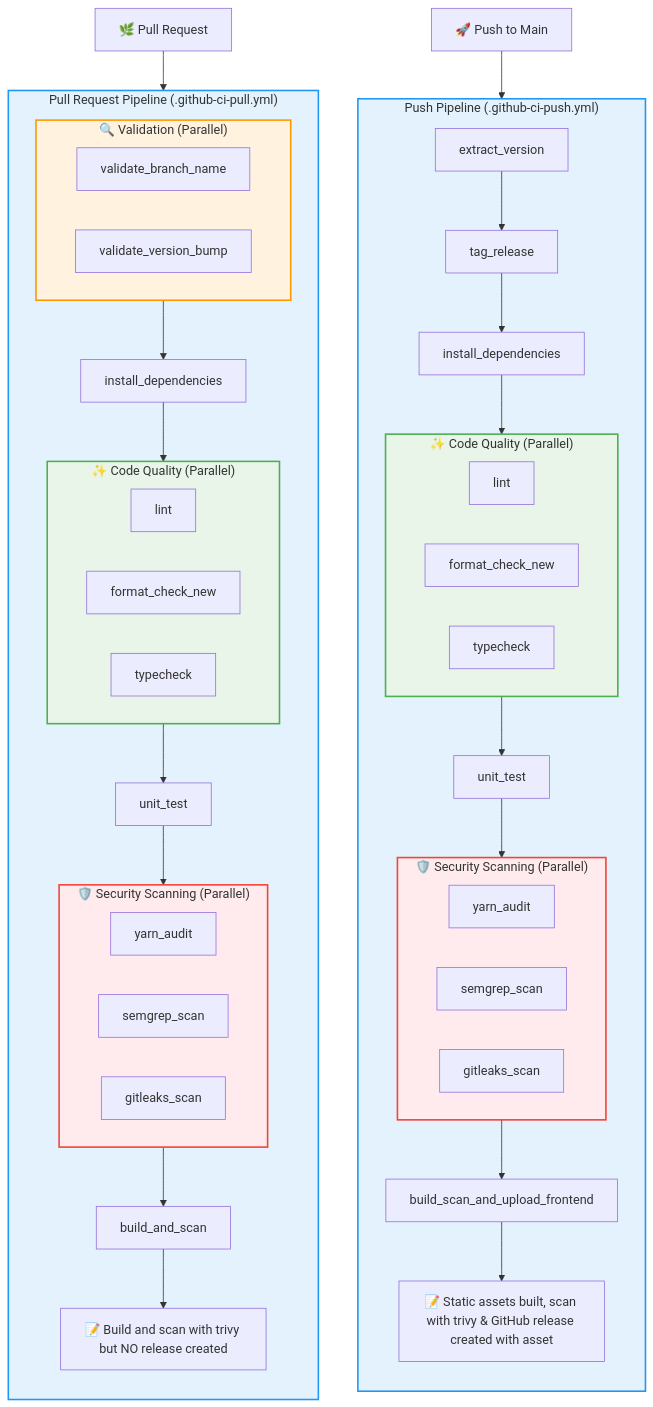
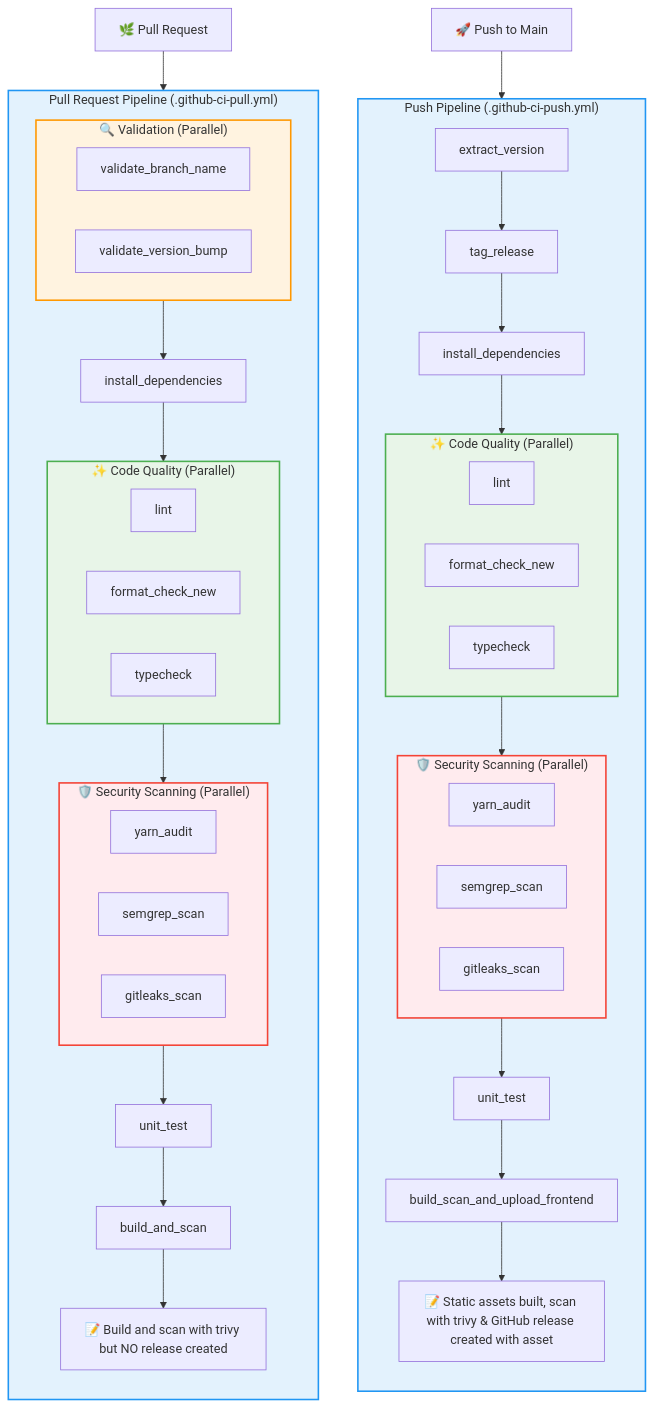
The diagram in README.md (wehrwolf217/Nodejs-Bestpractice-Cicd-Frontend), drawn with Mermaid before and after one commit. The commit also changed other lines of this file and 1 other file, not shown here.

```diff
--- a/README.md
+++ b/README.md
@@ -232,9 +239,9 @@
         
         B1 --> B4
         B4 --> B2
-        B2 --> B5
-        B5 --> B3
-        B3 --> B6
+        B2 --> B3
+        B3 --> B5
+        B5 --> B6
         B6 --> B7
     end
 
@@ -251,13 +258,13 @@
             DQ3[typecheck]
         end
         
-        D5[unit_test]
-        
         subgraph D6 ["🛡️ Security Scanning (Parallel)"]
             DS1[yarn_audit]
             DS2[semgrep_scan] 
             DS3[gitleaks_scan]
         end
+        
+        D5[unit_test]
         
         D7[build_scan_and_upload_frontend]
         D8[📝 Static assets built, scan with trivy & GitHub release created with asset]
@@ -265,9 +272,9 @@
         D1 --> D2
         D2 --> D3
         D3 --> D4
-        D4 --> D5
-        D5 --> D6
-        D6 --> D7
+        D4 --> D6
+        D6 --> D5
+        D5 --> D7
         D7 --> D8
     end
 
```
